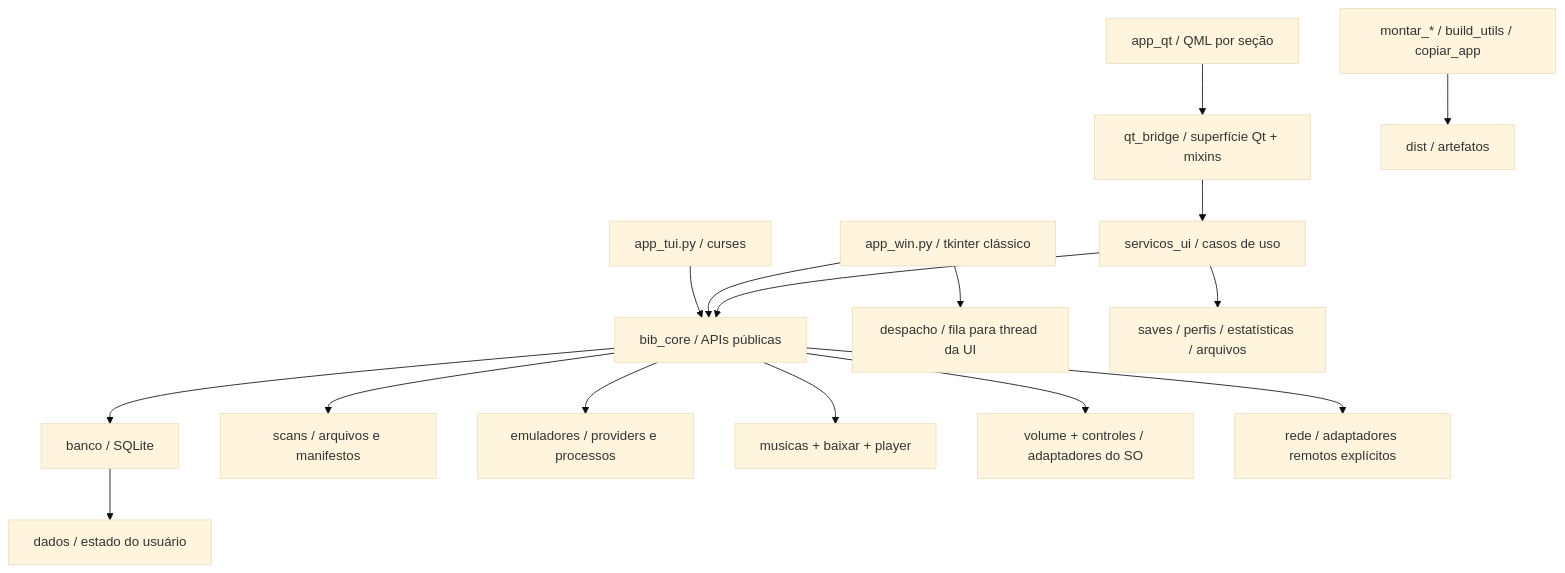
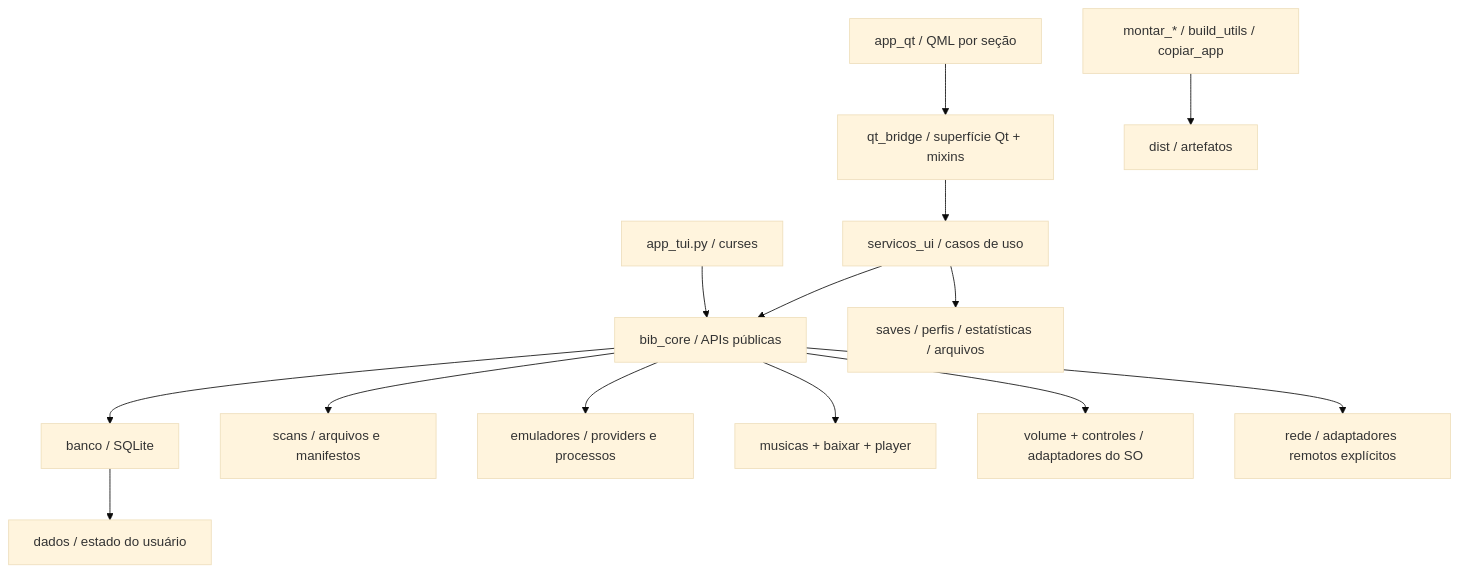
Before and after one commit to Artur-Lucena/TucoTeca: the diagram in docs/ARQUITETURA.md, drawn with Mermaid (base theme). The commit also changed other lines of this file and 8 other files, not shown here.

````diff
--- a/docs/ARQUITETURA.md
+++ b/docs/ARQUITETURA.md
@@ -5,18 +5,16 @@
 ```mermaid
 flowchart TD
   Qt[app_qt / QML por seção] --> Bridge[qt_bridge / superfície Qt + mixins]
   Bridge --> Services[servicos_ui / casos de uso]
   Services --> Compat[bib_core / APIs públicas]
-  GUI[app_win.py / tkinter clássico] --> Compat
   TUI[app_tui.py / curses] --> Compat
-  GUI --> Dispatch[despacho / fila para thread da UI]
   Compat --> DB[banco / SQLite]
   Compat --> Scan[scans / arquivos e manifestos]
   Compat --> Emu[emuladores / providers e processos]
   Compat --> Music[musicas + baixar + player]
   Compat --> System[volume + controles / adaptadores do SO]
   Compat --> Network[rede / adaptadores remotos explícitos]
   Services --> Personal[saves / perfis / estatísticas / arquivos]
   DB --> Dados[dados / estado do usuário]
   Builders[montar_* / build_utils / copiar_app] --> Dist[dist / artefatos]
 ```
````
